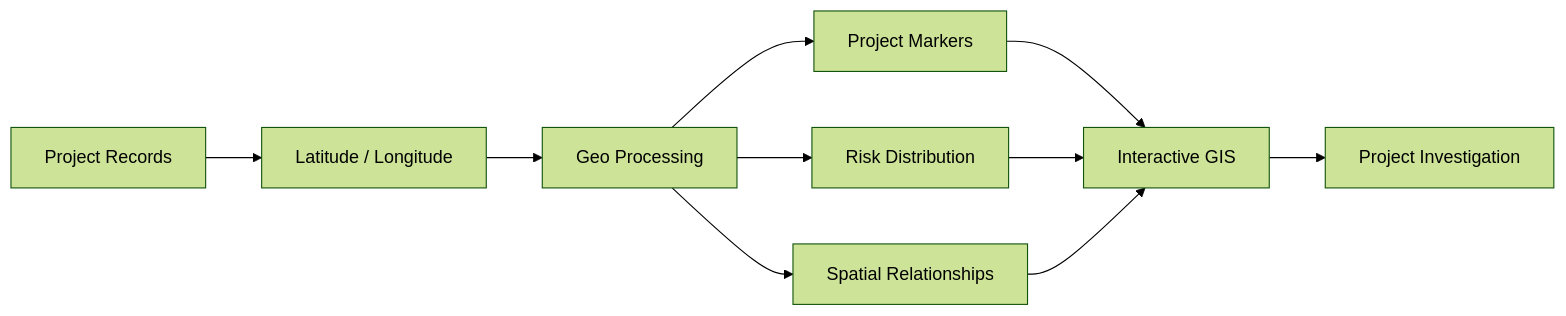
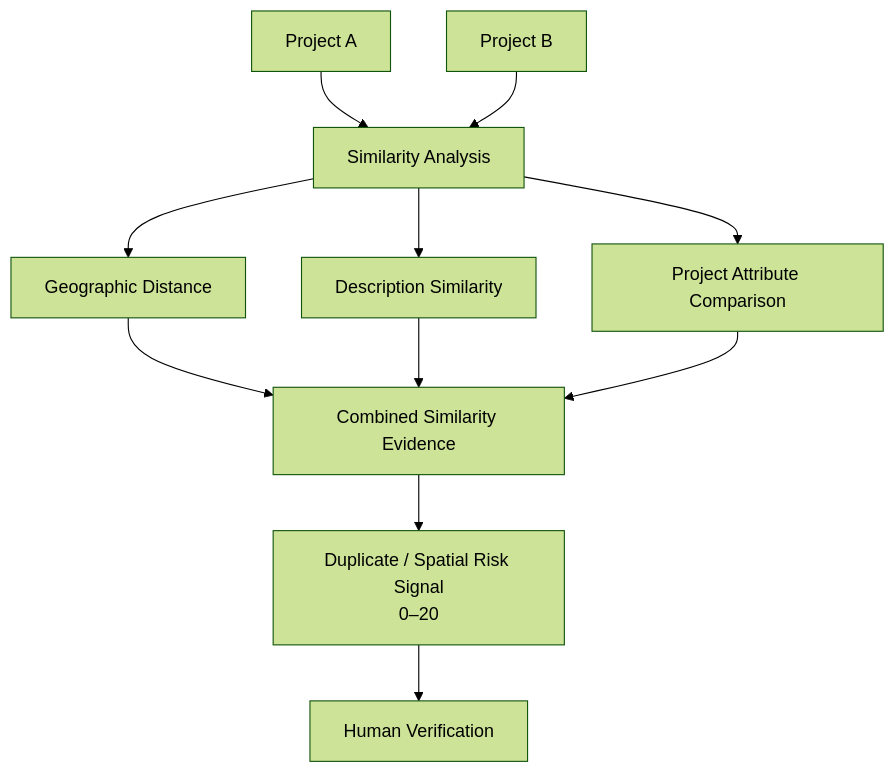
Before and after one commit to the-nidhi-bhat/mplads-sentinel: the fifth of 32 diagrams in README.md, drawn with Mermaid (forest theme). The commit also changed other lines of this file, not shown here.

````diff
--- a/README.md
+++ b/README.md
@@ -713,17 +263,23 @@
 ```mermaid
-flowchart LR
+flowchart TB
 
-    A[Project Records]
-    --> B[Latitude / Longitude]
-    --> C[Geo Processing]
+    A["Project A"]
+    --> C["Similarity Analysis"]
 
-    C --> D[Project Markers]
-    C --> E[Risk Distribution]
-    C --> F[Spatial Relationships]
+    B["Project B"]
+    --> C
 
-    D --> G[Interactive GIS]
+    C --> D["Geographic Distance"]
+
+    C --> E["Description Similarity"]
+
+    C --> F["Project Attribute Comparison"]
+
+    D --> G["Combined Similarity Evidence"]
     E --> G
     F --> G
 
-    G --> H[Project Investigation]
+    G --> H["Duplicate / Spatial Risk Signal<br/>0–20"]
+
+    H --> I["Human Verification"]
 ```
````
